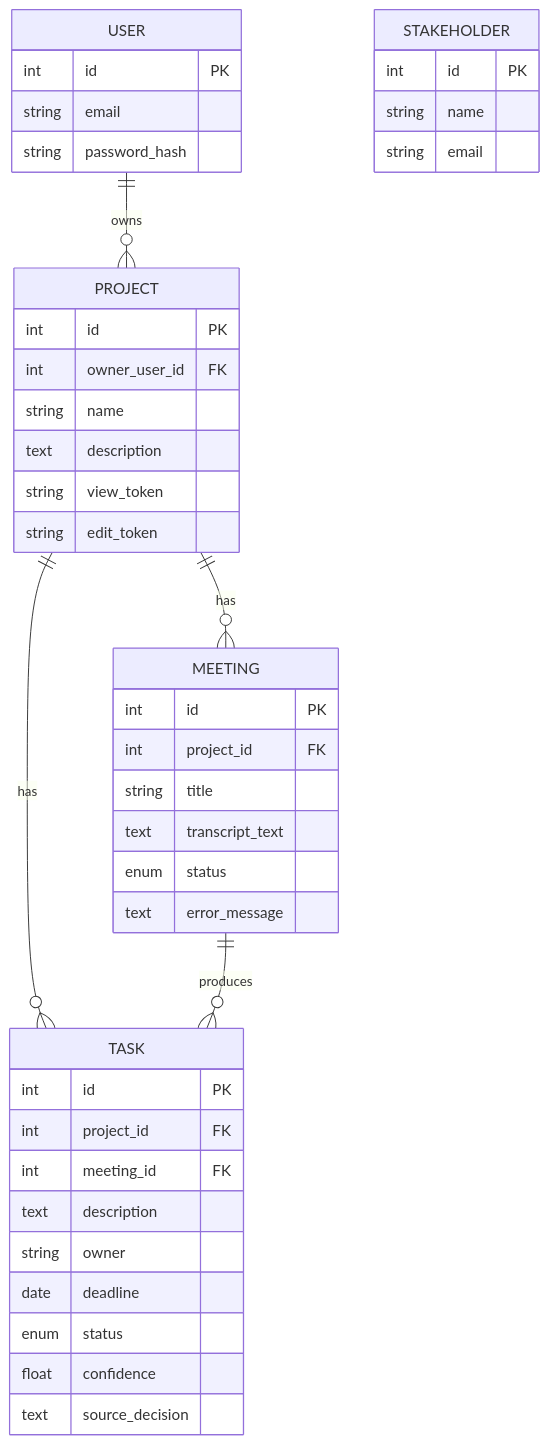
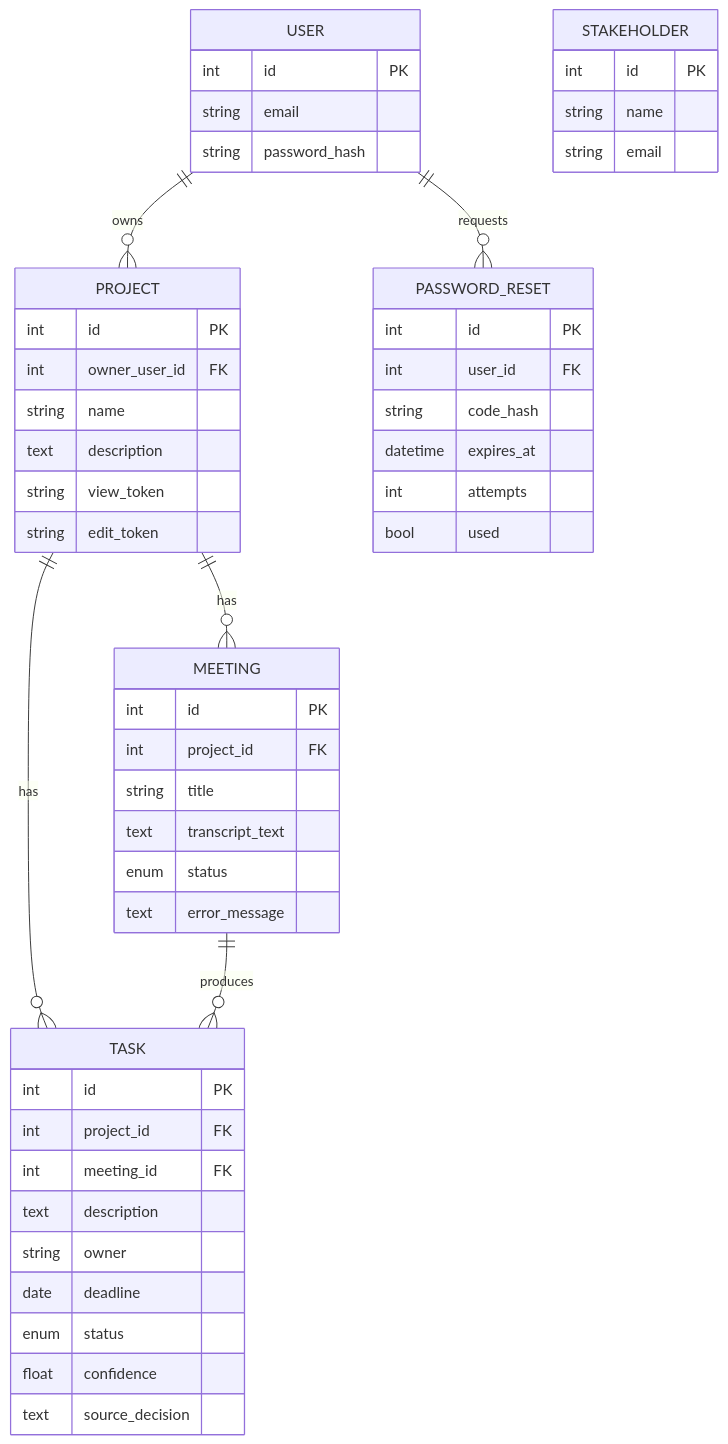
One commit to chinliong/meeting-orchestrator changed the second of 2 diagrams in docs/architecture.md. Above: the diagram before and after it, drawn with Mermaid. The commit also changed other lines of this file and 2 other files, not shown here.

First line of the commit message:
Document account self-service, password reset, and email setup

````diff
--- a/docs/architecture.md
+++ b/docs/architecture.md
@@ -98,44 +105,53 @@
 ```mermaid
 erDiagram
     USER ||--o{ PROJECT : owns
+    USER ||--o{ PASSWORD_RESET : requests
     PROJECT ||--o{ MEETING : has
     PROJECT ||--o{ TASK : has
     MEETING ||--o{ TASK : produces
     USER {
         int id PK
         string email
         string password_hash
+    }
+    PASSWORD_RESET {
+        int id PK
+        int user_id FK
+        string code_hash
+        datetime expires_at
+        int attempts
+        bool used
     }
     PROJECT {
         int id PK
         int owner_user_id FK
         string name
         text description
         string view_token
         string edit_token
     }
     MEETING {
         int id PK
         int project_id FK
         string title
         text transcript_text
         enum status
         text error_message
     }
     TASK {
         int id PK
         int project_id FK
         int meeting_id FK
         text description
         string owner
         date deadline
         enum status
         float confidence
         text source_decision
     }
     STAKEHOLDER {
         int id PK
         string name
         string email
     }
 ```
````
